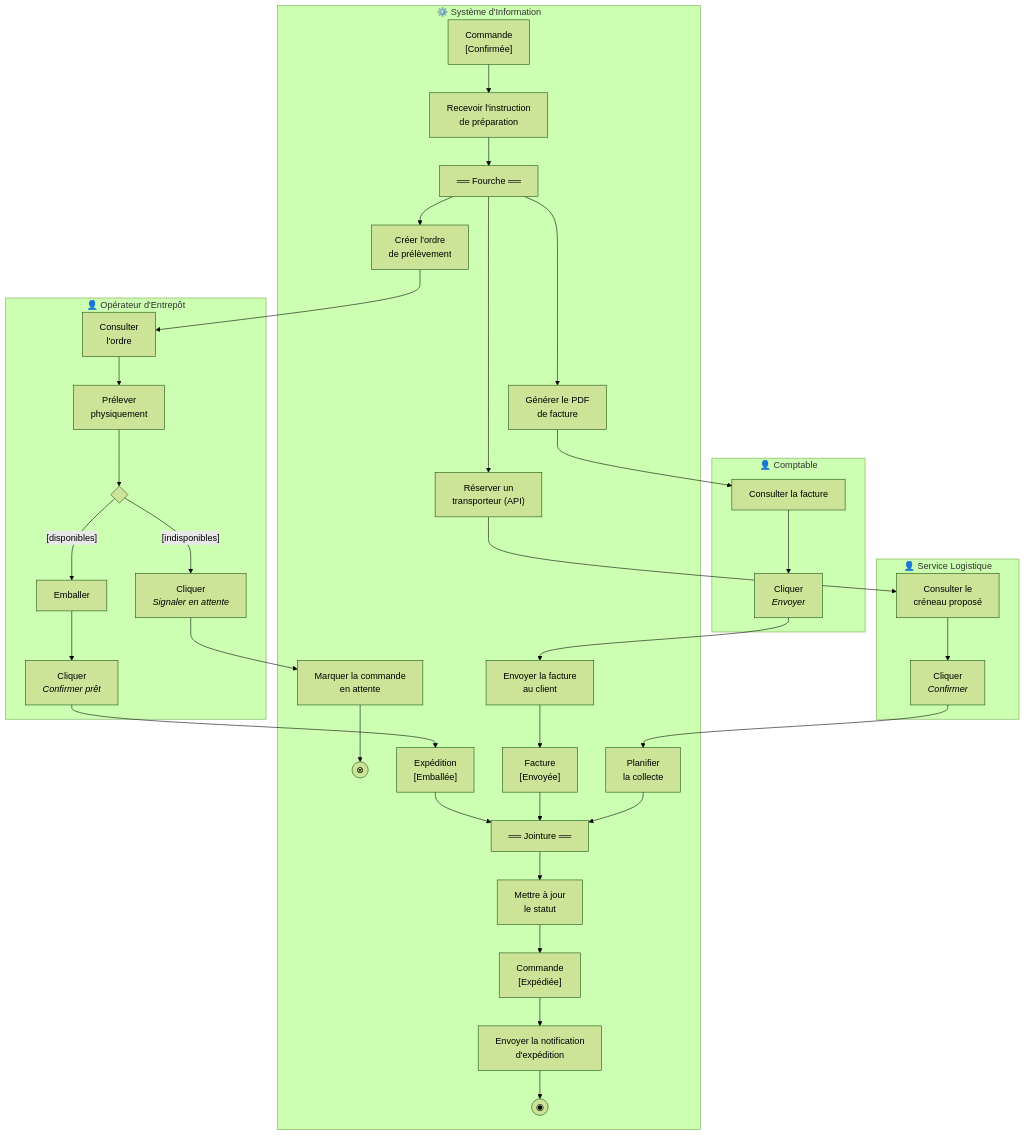
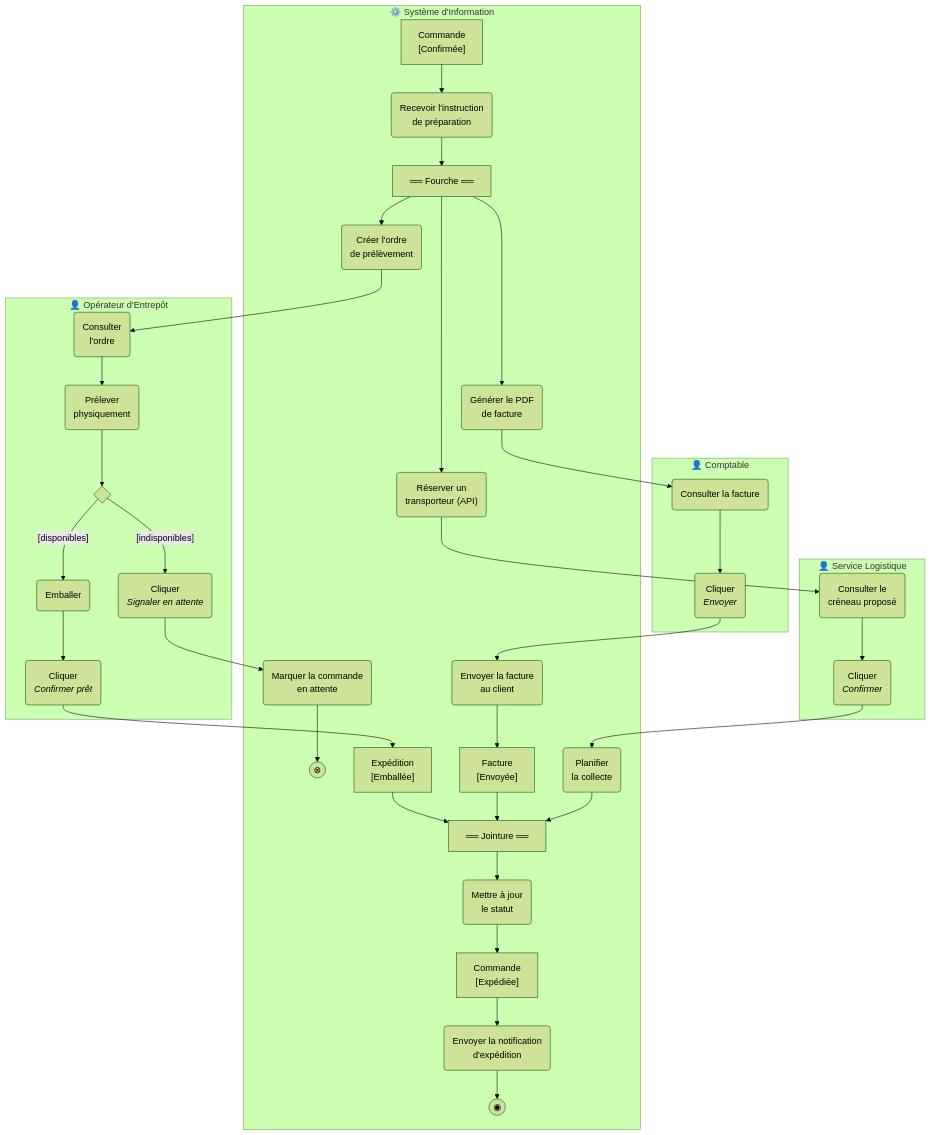
Before and after one commit to MATBMS/study-case-training: the ninth of 11 diagrams in UML/solutions/UML Activity Solutions.md, drawn with Mermaid (forest theme). The commit also changed other lines of this file and 12 other files, not shown here.

````diff
--- a/UML/solutions/UML Activity Solutions.md
+++ b/UML/solutions/UML Activity Solutions.md
@@ -209,39 +365,39 @@
 ```mermaid
 flowchart TB
     subgraph WH ["👤 Opérateur d'Entrepôt"]
-        W1["Consulter<br/>l'ordre"] --> W2["Prélever<br/>physiquement"]
+        W1("Consulter<br/>l'ordre") --> W2("Prélever<br/>physiquement")
         W2 --> WD{" "}
-        WD -- "[disponibles]" --> W3["Emballer"]
-        W3 --> W4["Cliquer<br/><i>Confirmer prêt</i>"]
-        WD -- "[indisponibles]" --> W5["Cliquer<br/><i>Signaler en attente</i>"]
+        WD -- "[disponibles]" --> W3("Emballer")
+        W3 --> W4("Cliquer<br/><i>Confirmer prêt</i>")
+        WD -- "[indisponibles]" --> W5("Cliquer<br/><i>Signaler en attente</i>")
     end
     subgraph CPT ["👤 Comptable"]
-        C1["Consulter la facture"] --> C2["Cliquer<br/><i>Envoyer</i>"]
+        C1("Consulter la facture") --> C2("Cliquer<br/><i>Envoyer</i>")
     end
     subgraph LOG ["👤 Service Logistique"]
-        L1["Consulter le<br/>créneau proposé"] --> L2["Cliquer<br/><i>Confirmer</i>"]
+        L1("Consulter le<br/>créneau proposé") --> L2("Cliquer<br/><i>Confirmer</i>")
     end
     subgraph SI ["⚙️ Système d'Information"]
-        O0["Commande<br/>[Confirmée]"] --> S0["Recevoir l'instruction<br/>de préparation"]
+        O0["Commande<br/>[Confirmée]"] --> S0("Recevoir l'instruction<br/>de préparation")
         S0 --> FORK["══ Fourche ══"]
-        FORK --> S1["Créer l'ordre<br/>de prélèvement"]
-        FORK --> S2["Générer le PDF<br/>de facture"]
-        FORK --> S3["Réserver un<br/>transporteur (API)"]
-        S4["Marquer la commande<br/>en attente"] --> WFF(("⊗"))
+        FORK --> S1("Créer l'ordre<br/>de prélèvement")
+        FORK --> S2("Générer le PDF<br/>de facture")
+        FORK --> S3("Réserver un<br/>transporteur (API)")
+        S4("Marquer la commande<br/>en attente") --> WFF(("⊗"))
         O_PKD["Expédition<br/>[Emballée]"] --> JOIN["══ Jointure ══"]
-        S5["Envoyer la facture<br/>au client"] --> O_INV["Facture<br/>[Envoyée]"]
+        S5("Envoyer la facture<br/>au client") --> O_INV["Facture<br/>[Envoyée]"]
         O_INV --> JOIN
-        S6["Planifier<br/>la collecte"] --> JOIN
-        JOIN --> S7["Mettre à jour<br/>le statut"]
+        S6("Planifier<br/>la collecte") --> JOIN
+        JOIN --> S7("Mettre à jour<br/>le statut")
         S7 --> O_SHIP["Commande<br/>[Expédiée]"]
-        O_SHIP --> S8["Envoyer la notification<br/>d'expédition"]
+        O_SHIP --> S8("Envoyer la notification<br/>d'expédition")
         S8 --> END(("◉"))
     end
     S1 --> W1
     W4 --> O_PKD
     W5 --> S4
     S2 --> C1
     C2 --> S5
     S3 --> L1
     L2 --> S6
 ```
````
